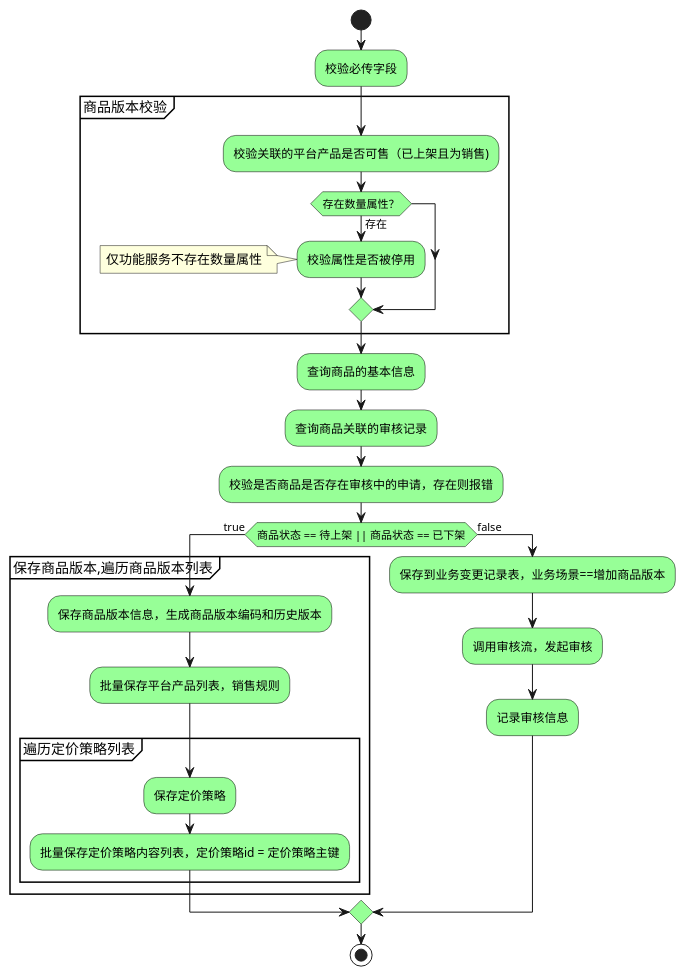
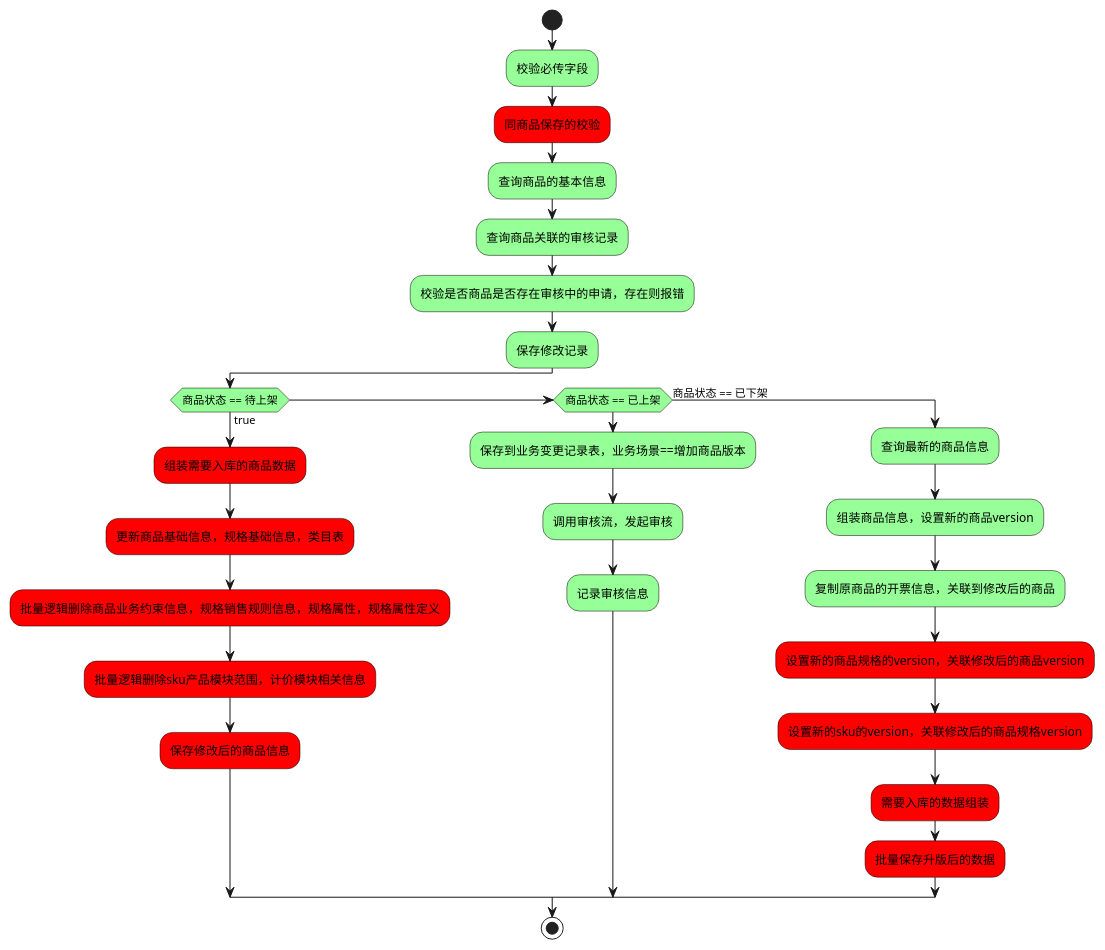
One commit to yu925546103/mydemo changed the diagram in UML/src/main/java/servyou/cmc/CommodityVersionUpdateV2.puml. Above: the diagram before and after it, drawn with PlantUML. The commit also changed 39 other files, not shown here.

```diff
--- a/UML/src/main/java/servyou/cmc/CommodityVersionUpdateV2.puml
+++ b/UML/src/main/java/servyou/cmc/CommodityVersionUpdateV2.puml
@@ -1,38 +1,38 @@
 @startuml
 'https://plantuml.com/activity-diagram-beta
 
 skinparam Activity {
 	BorderColor Black
 	BackgroundColor PHYSICAL
 }
 
 
 start
 :校验必传字段;
-partition 商品版本校验 {
-:校验关联的平台产品是否可售（已上架且为销售);
-if(存在数量属性？) then(存在)
-:校验属性是否被停用;
-note left:仅功能服务不存在数量属性
-endif
-}
+#red:同商品保存的校验;
 :查询商品的基本信息;
 :查询商品关联的审核记录;
 :校验是否商品是否存在审核中的申请，存在则报错;
-if(商品状态 == 待上架 || 商品状态 == 已下架) then(true)
-partition 保存商品版本,遍历商品版本列表 {
-:保存商品版本信息，生成商品版本编码和历史版本;
-:批量保存平台产品列表，销售规则;
-partition 遍历定价策略列表 {
-:保存定价策略;
-:批量保存定价策略内容列表，定价策略id = 定价策略主键;
-}
-}
-else(false)
+:保存修改记录;
+if(商品状态 == 待上架) then(true)
+#red:组装需要入库的商品数据;
+#red:更新商品基础信息，规格基础信息，类目表;
+#red:批量逻辑删除商品业务约束信息，规格销售规则信息，规格属性，规格属性定义;
+#red:批量逻辑删除sku产品模块范围，计价模块相关信息;
+#red:保存修改后的商品信息;
+else if(商品状态 == 已上架)
 :保存到业务变更记录表，业务场景==增加商品版本;
 :调用审核流，发起审核;
 :记录审核信息;
+else(商品状态 == 已下架)
+:查询最新的商品信息;
+:组装商品信息，设置新的商品version;
+:复制原商品的开票信息，关联到修改后的商品;
+#red:设置新的商品规格的version，关联修改后的商品version;
+#red:设置新的sku的version，关联修改后的商品规格version;
+#red:需要入库的数据组装;
+#red:批量保存升版后的数据;
 endif
 stop
 
 @enduml
```
